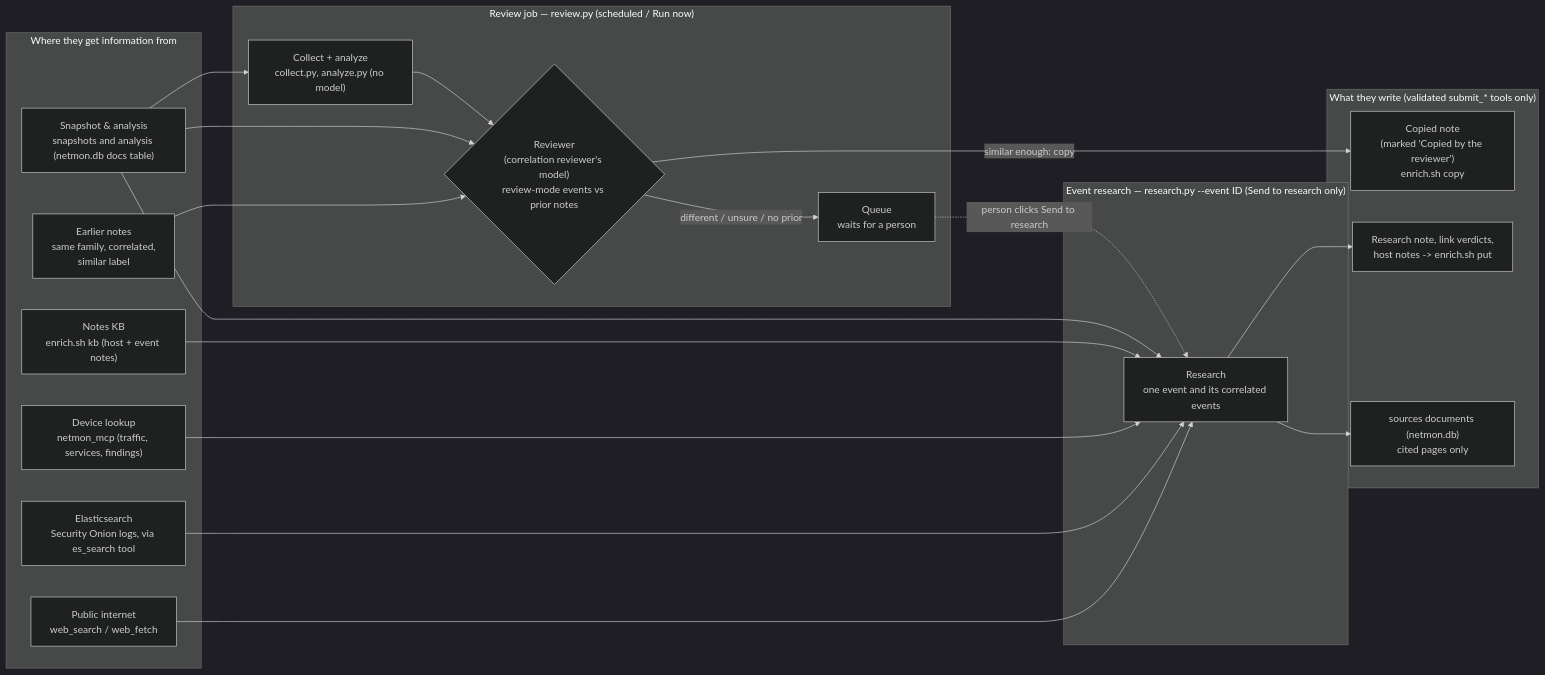
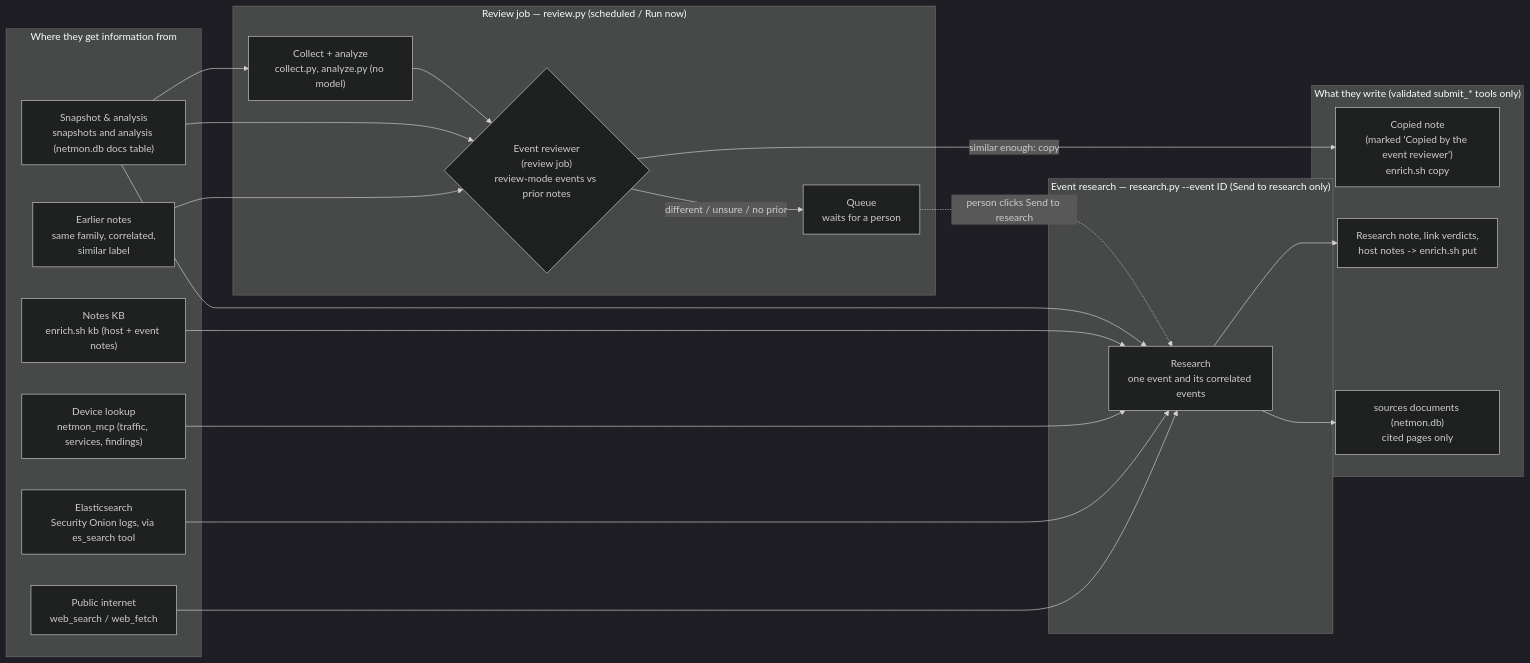
The second of 3 diagrams in docs/CORRELATION.md (hermeslohin/netmon), drawn with Mermaid (dark theme) before and after one commit. The commit also changed other lines of this file and 49 other files, not shown here.

First line of the commit message:
Rename the reviewer (Gemma) to 'event reviewer' across UI, docs, logs and audit actor; add 'Managing notes' section to USER_GUIDE

````diff
--- a/docs/CORRELATION.md
+++ b/docs/CORRELATION.md
@@ -540,42 +540,44 @@
 ```mermaid
 flowchart LR
     subgraph SRC["Where they get information from"]
         SNAP["Snapshot & analysis\nsnapshots and analysis (netmon.db docs table)"]
         KB["Notes KB\nenrich.sh kb (host + event notes)"]
         DEV["Device lookup\nnetmon_mcp (traffic, services, findings)"]
         ES["Elasticsearch\nSecurity Onion logs, via es_search tool"]
         WEB["Public internet\nweb_search / web_fetch"]
         PRIOR["Earlier notes\nsame family, correlated,\nsimilar label"]
     end
 
     subgraph JOB["Review job — review.py (scheduled / Run now)"]
         C["Collect + analyze\ncollect.py, analyze.py (no model)"]
-        RV{"Reviewer\n(correlation reviewer's model)\nreview-mode events vs prior notes"}
+        RV{"Event reviewer
+(review job)
+review-mode events vs prior notes"}
         Q["Queue\nwaits for a person"]
     end
 
     subgraph REQ["Event research — research.py --event ID (Send to research only)"]
         R["Research\none event and its correlated events"]
     end
 
     subgraph OUT["What they write (validated submit_* tools only)"]
-        COPY["Copied note\n(marked 'Copied by the reviewer')\nenrich.sh copy"]
+        COPY["Copied note\n(marked 'Copied by the event reviewer')\nenrich.sh copy"]
         NOTES["Research note, link verdicts,\nhost notes -> enrich.sh put"]
         SRC2["sources documents (netmon.db)\ncited pages only"]
     end
 
     SNAP --> C
     C --> RV
     SNAP --> RV
     PRIOR --> RV
     RV -- "similar enough: copy" --> COPY
     RV -- "different / unsure / no prior" --> Q
     Q -. "person clicks Send to research" .-> R
     SNAP --> R
     KB --> R
     DEV --> R
     ES --> R
     WEB --> R
     R --> NOTES
     R --> SRC2
 ```
````
